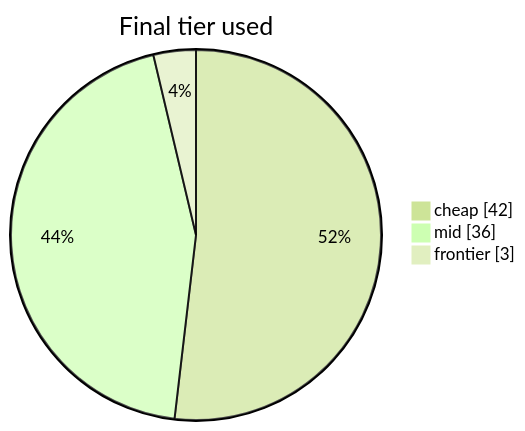
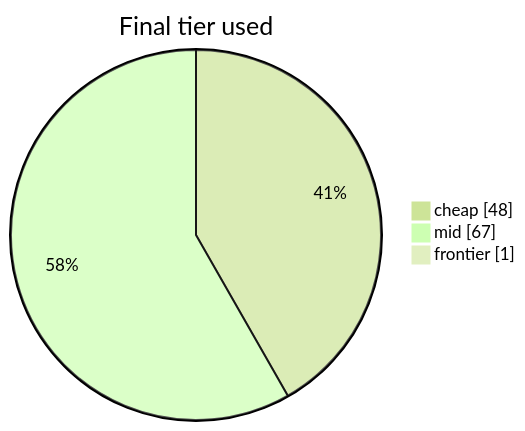
One commit to AnshumanDas001/llm-router changed the second of 2 diagrams in README.md. Above: the diagram before and after it, drawn with Mermaid (forest theme). The commit also changed other lines of this file and 4 other files, not shown here.

````diff
--- a/README.md
+++ b/README.md
@@ -144,7 +155,7 @@
 ```mermaid
 pie showData
     title Final tier used
-    "cheap" : 42
-    "mid" : 36
-    "frontier" : 3
+    "cheap" : 48
+    "mid" : 67
+    "frontier" : 1
 ```
````
